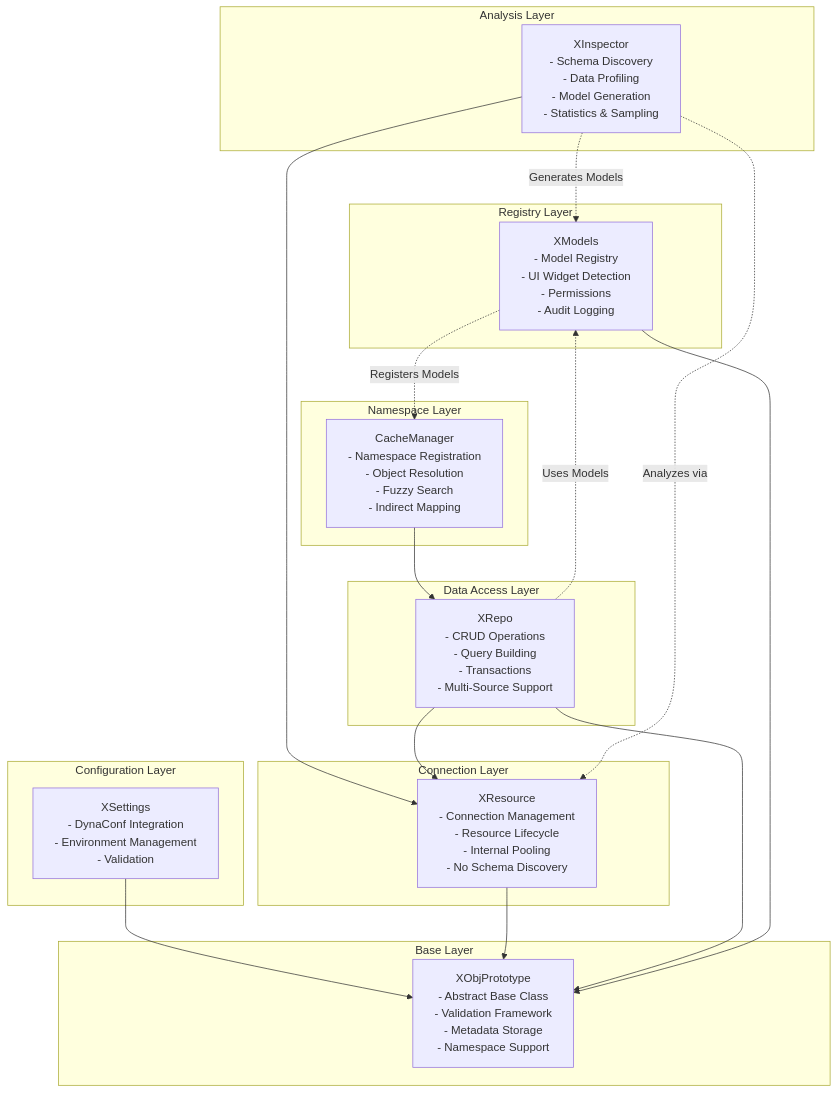
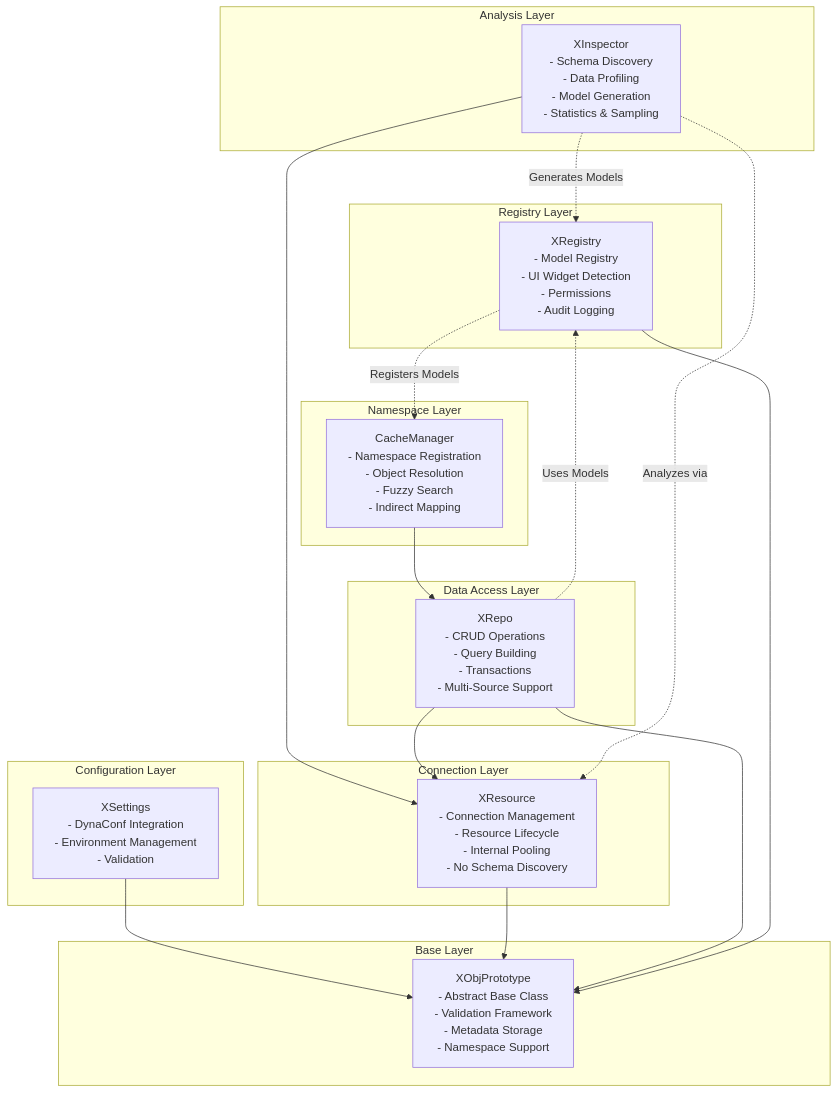
The first of 3 diagrams in FEATURES/ARCHITECTURE.md (rpalshetkar/claudify), drawn with Mermaid before and after one commit. The commit also changed other lines of this file and 1 other file, not shown here.

First line of the commit message:
Update ARCHITECTURE.md and parent CLAUDE.md: Replace XModels with XRegistry

````diff
--- a/FEATURES/ARCHITECTURE.md
+++ b/FEATURES/ARCHITECTURE.md
@@ -9,45 +9,45 @@
 ```mermaid
 graph TB
     subgraph "Configuration Layer"
         XSettings[XSettings<br/>- DynaConf Integration<br/>- Environment Management<br/>- Validation]
     end
     
     subgraph "Base Layer"
         XObjPrototype[XObjPrototype<br/>- Abstract Base Class<br/>- Validation Framework<br/>- Metadata Storage<br/>- Namespace Support]
     end
     
     subgraph "Connection Layer"
         XResource[XResource<br/>- Connection Management<br/>- Resource Lifecycle<br/>- Internal Pooling<br/>- No Schema Discovery]
     end
     
     subgraph "Analysis Layer"
         XInspector[XInspector<br/>- Schema Discovery<br/>- Data Profiling<br/>- Model Generation<br/>- Statistics & Sampling]
     end
     
     subgraph "Registry Layer"
-        XModels[XModels<br/>- Model Registry<br/>- UI Widget Detection<br/>- Permissions<br/>- Audit Logging]
+        XRegistry[XRegistry<br/>- Model Registry<br/>- UI Widget Detection<br/>- Permissions<br/>- Audit Logging]
     end
     
     subgraph "Data Access Layer"
         XRepo[XRepo<br/>- CRUD Operations<br/>- Query Building<br/>- Transactions<br/>- Multi-Source Support]
     end
     
     subgraph "Namespace Layer"
         CacheManager[CacheManager<br/>- Namespace Registration<br/>- Object Resolution<br/>- Fuzzy Search<br/>- Indirect Mapping]
     end
     
     %% Dependencies
     XSettings --> XObjPrototype
     XResource --> XObjPrototype
     XInspector --> XResource
     XRepo --> XResource
     XRepo --> XObjPrototype
-    XModels --> XObjPrototype
+    XRegistry --> XObjPrototype
     CacheManager --> XRepo
     
     %% Data Flow
-    XInspector -.->|Generates Models| XModels
-    XModels -.->|Registers Models| CacheManager
-    XRepo -.->|Uses Models| XModels
+    XInspector -.->|Generates Models| XRegistry
+    XRegistry -.->|Registers Models| CacheManager
+    XRepo -.->|Uses Models| XRegistry
     XInspector -.->|Analyzes via| XResource
 ```
````
